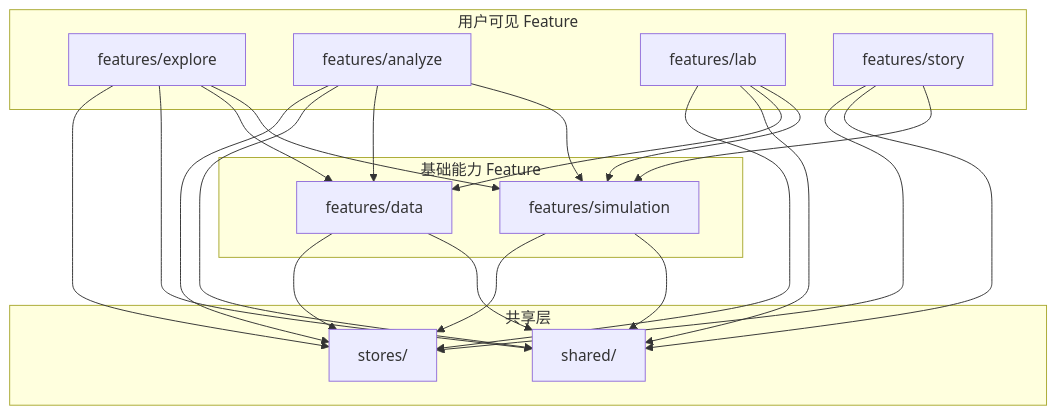
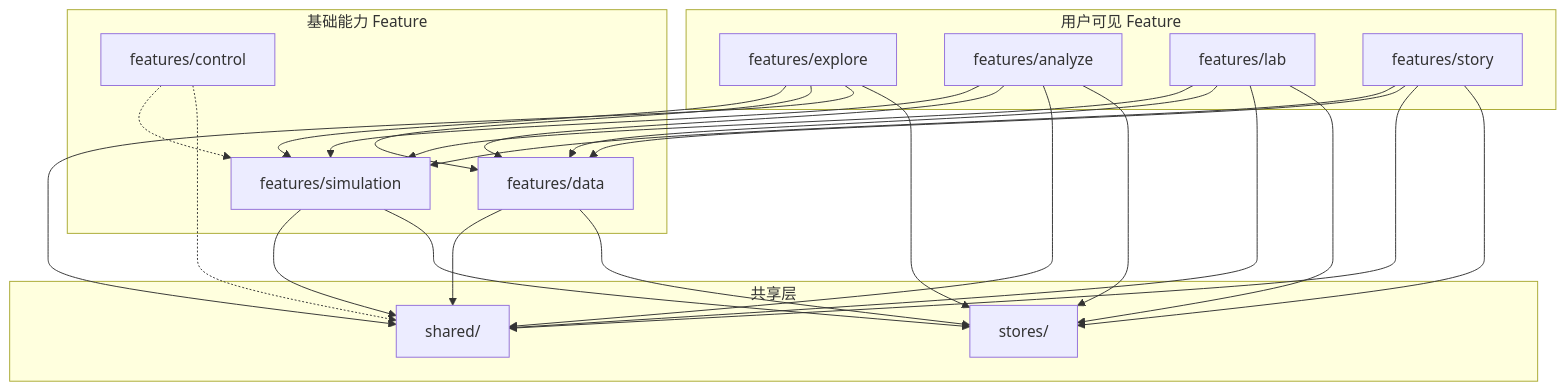
The diagram in docs/双摆混沌实验室-项目结构.md (FengZhiHen1/Chaos-Pendulum), drawn with Mermaid before and after one commit. The commit also changed other lines of this file and 1 other file, not shown here.

````diff
--- a/docs/双摆混沌实验室-项目结构.md
+++ b/docs/双摆混沌实验室-项目结构.md
@@ -261,41 +468,46 @@
 ```mermaid
 graph TD
     subgraph 用户可见 Feature
         EXPLORE[features/explore]
         ANALYZE[features/analyze]
         LAB[features/lab]
         STORY[features/story]
     end
 
     subgraph 基础能力 Feature
         SIM[features/simulation]
         DAT[features/data]
+        CTRL[features/control]
     end
 
     subgraph 共享层
         SHARED[shared/]
         STORE[stores/]
     end
 
     EXPLORE --> SIM
     EXPLORE --> DAT
     ANALYZE --> SIM
     ANALYZE --> DAT
     LAB --> SIM
     LAB --> DAT
     STORY --> SIM
+    STORY --> DAT
+
+    CTRL -.-> SIM
+    CTRL -.-> SHARED
 
     EXPLORE --> SHARED
     ANALYZE --> SHARED
     LAB --> SHARED
     STORY --> SHARED
     SIM --> SHARED
     DAT --> SHARED
 
     EXPLORE --> STORE
     ANALYZE --> STORE
     LAB --> STORE
     STORY --> STORE
     SIM --> STORE
     DAT --> STORE
 ```
````
